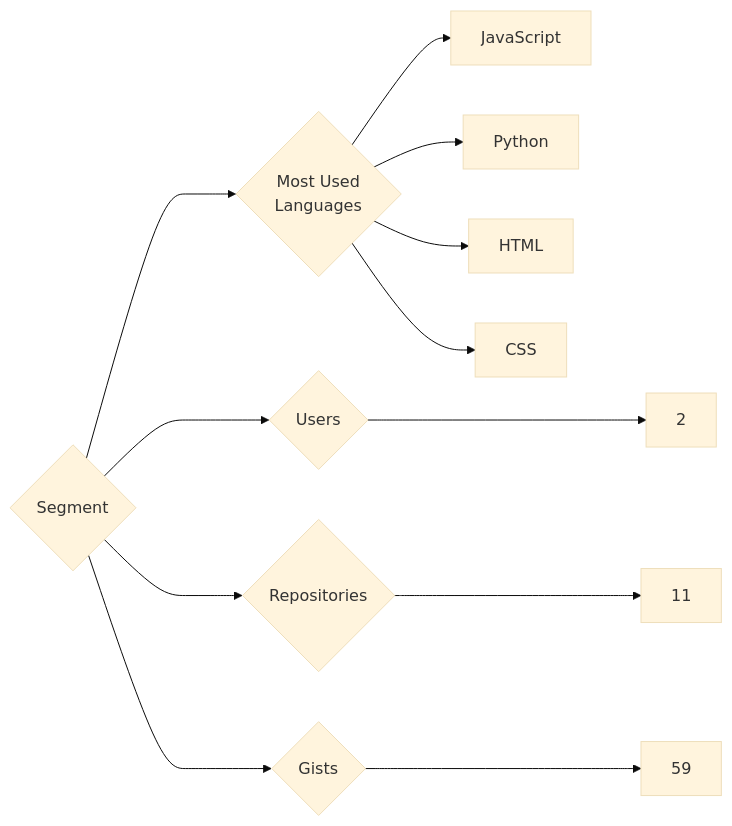
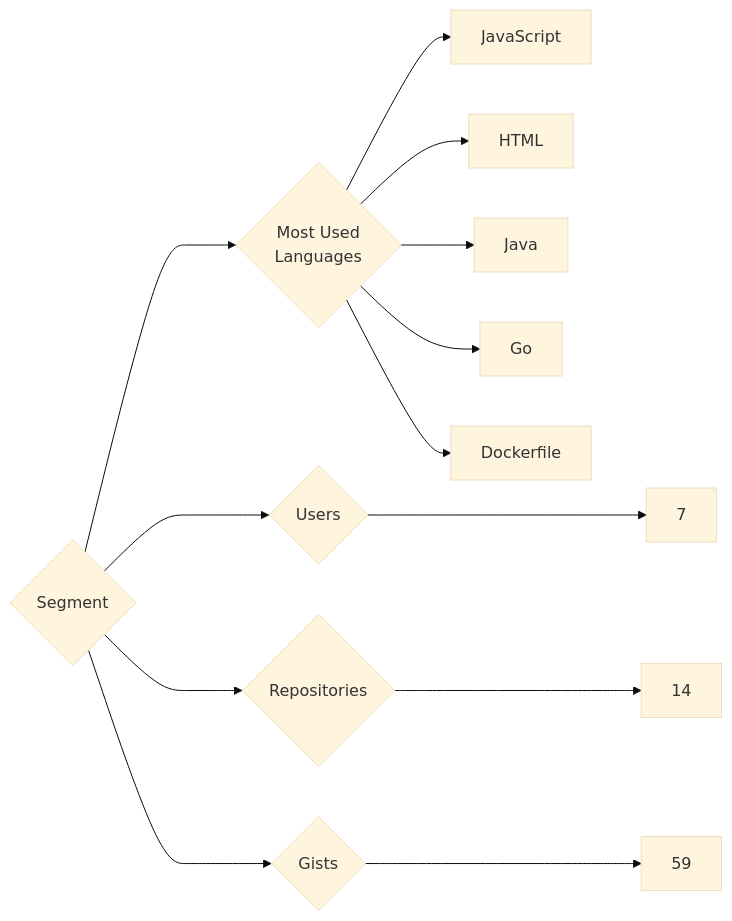
Before and after one commit to trickest/insiders: the diagram in targets/Segment/README.md, drawn with Mermaid (base theme). The commit also changed 1696 other files, not shown here.

````diff
--- a/targets/Segment/README.md
+++ b/targets/Segment/README.md
@@ -3,12 +3,13 @@
 ```mermaid
 graph LR
 COMPANY_NAME{Segment}
-COMPANY_NAME ---> U{Users} ---> UN[2]
-COMPANY_NAME ---> R{Repositories} ---> RN[11]
+COMPANY_NAME ---> U{Users} ---> UN[7]
+COMPANY_NAME ---> R{Repositories} ---> RN[14]
 COMPANY_NAME ---> G{Gists} ---> GN[59]
 COMPANY_NAME ---> ML{Most Used<br>Languages}
 ML --> JavaScript[JavaScript]
-ML --> Python[Python]
 ML --> HTML[HTML]
-ML --> CSS[CSS]
+ML --> Java[Java]
+ML --> Go[Go]
+ML --> Dockerfile[Dockerfile]
 ```
````
